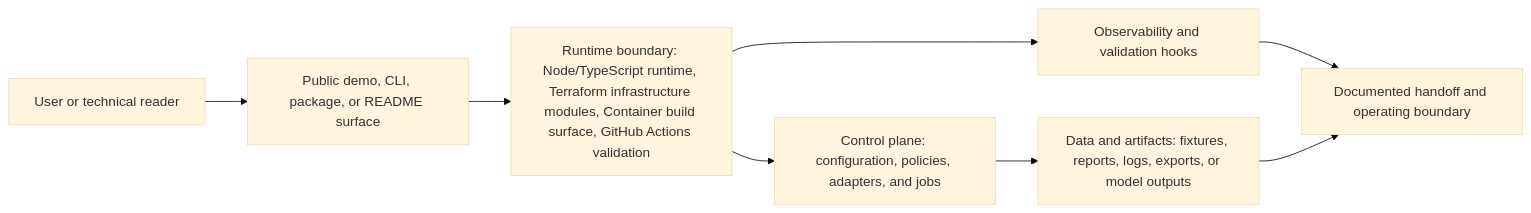
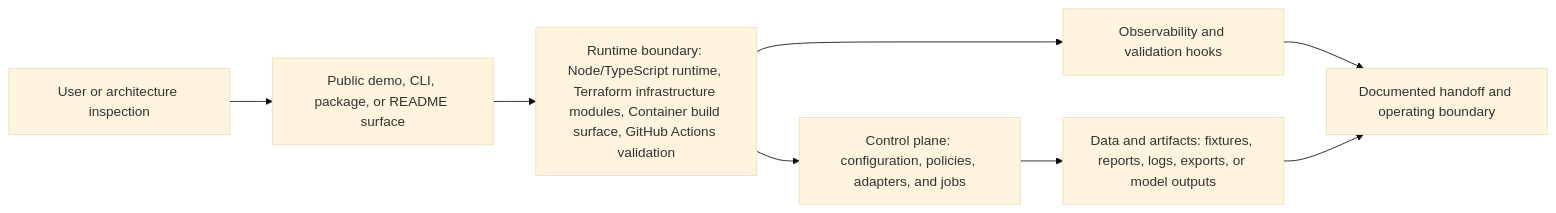
Before and after one commit to KIM3310/stage-pilot: the diagram in docs/system-architecture.md, drawn with Mermaid (base theme). The commit also changed 15 other files, not shown here.

Commit message:
Polish architecture-centered repository surfaces

````diff
--- a/docs/system-architecture.md
+++ b/docs/system-architecture.md
@@ -18,10 +18,10 @@
 ```mermaid
 flowchart LR
-    User["User or technical reader"] --> Surface["Public demo, CLI, package, or README surface"]
+    User["User or architecture inspection"] --> Surface["Public demo, CLI, package, or README surface"]
     Surface --> Runtime["Runtime boundary: Node/TypeScript runtime, Terraform infrastructure modules, Container build surface, GitHub Actions validation"]
     Runtime --> Control["Control plane: configuration, policies, adapters, and jobs"]
     Control --> Data["Data and artifacts: fixtures, reports, logs, exports, or model outputs"]
     Runtime --> Observability["Observability and validation hooks"]
     Observability --> Handoff["Documented handoff and operating boundary"]
     Data --> Handoff
 ```
````
